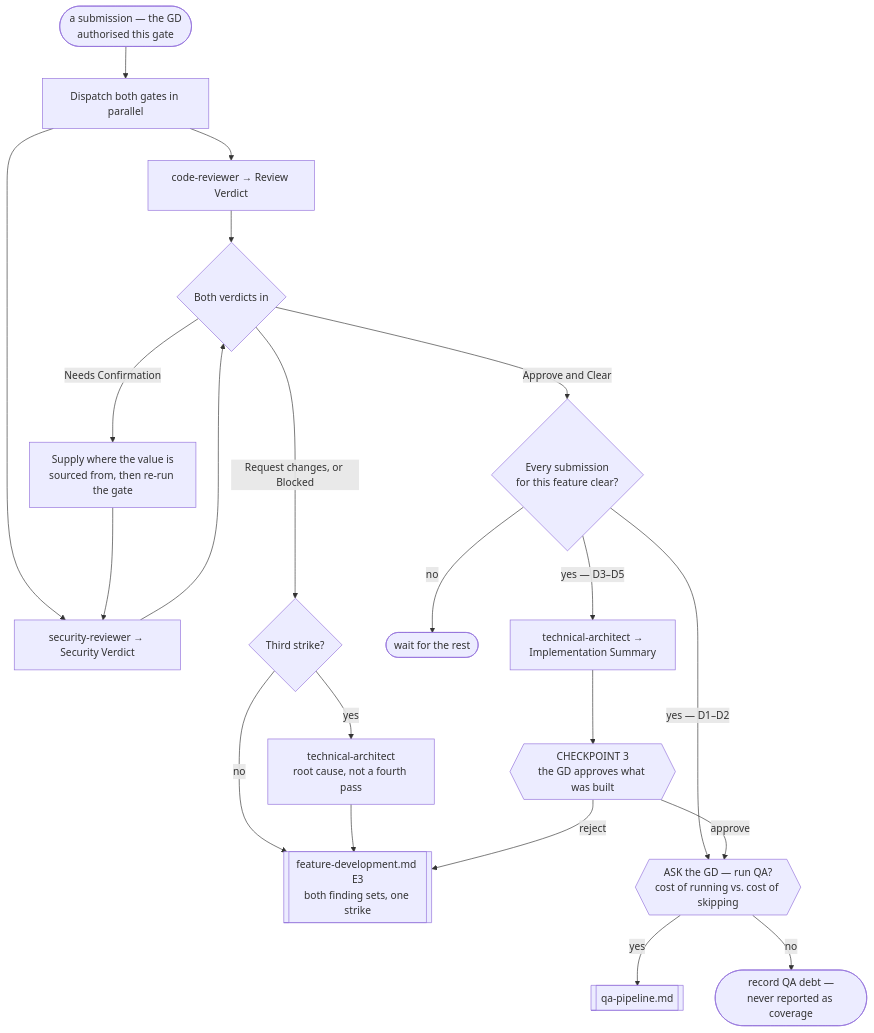
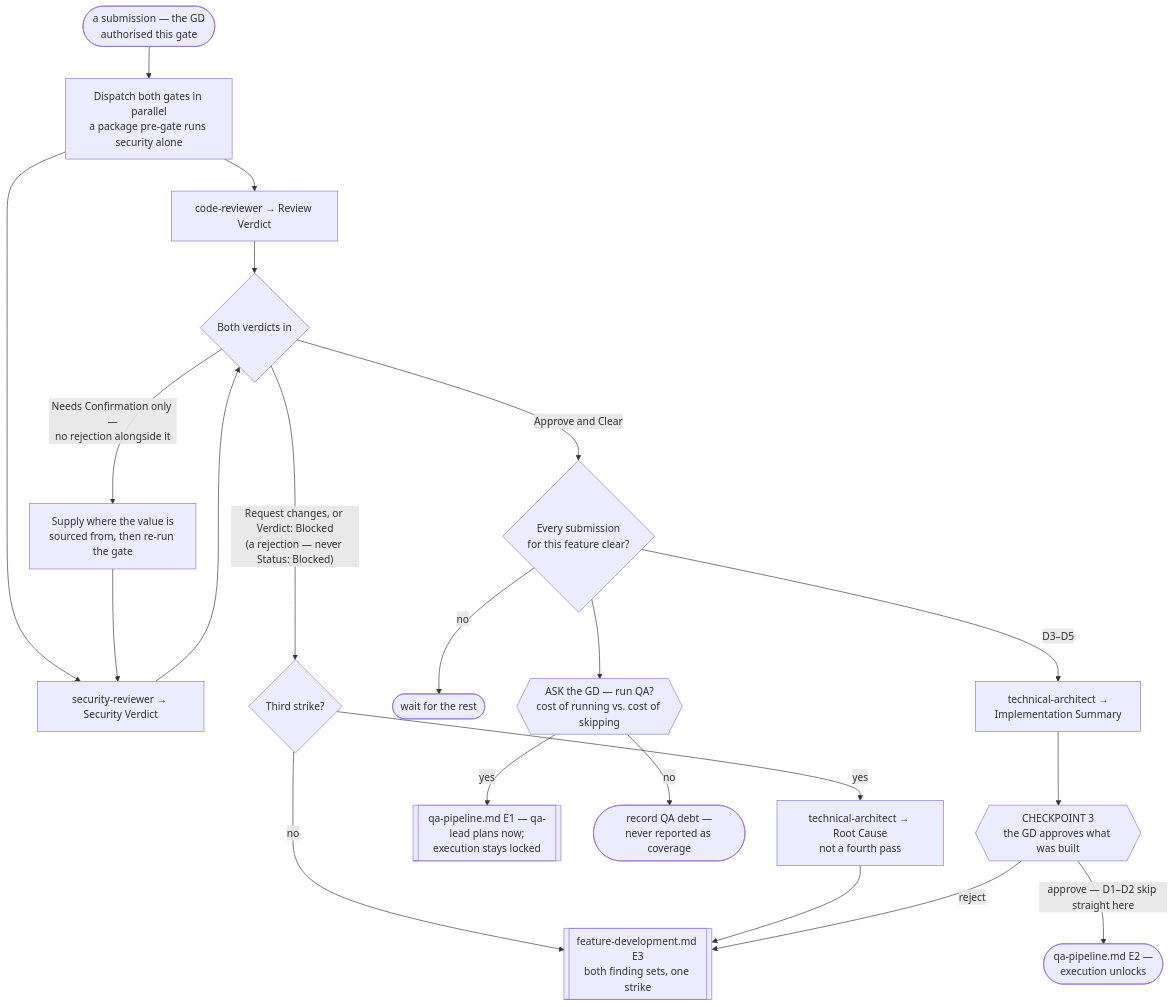
The diagram in .claude/workflows/review-pipeline.md (PhuNguyen182/AI-For-Game-Development), drawn with Mermaid before and after one commit. The commit also changed other lines of this file and 4 other files, not shown here.

````diff
--- a/.claude/workflows/review-pipeline.md
+++ b/.claude/workflows/review-pipeline.md
@@ -51,28 +56,25 @@
 ```mermaid
 flowchart TD
     In([a submission — the GD<br/>authorised this gate]) --> Gates
-
-    Gates[Dispatch both gates in parallel] --> CR[code-reviewer → Review Verdict]
+    Gates[Dispatch both gates in parallel<br/>a package pre-gate runs security alone] --> CR[code-reviewer → Review Verdict]
     Gates --> SR[security-reviewer → Security Verdict]
-
     CR --> Both{Both verdicts in}
     SR --> Both
 
     Both -->|"Approve and Clear"| Done{Every submission<br/>for this feature clear?}
-    Both -->|"Needs Confirmation"| Src[Supply where the value is<br/>sourced from, then re-run the gate]
-    Both -->|"Request changes, or Blocked"| Strike{Third strike?}
+    Both -->|"Needs Confirmation only —<br/>no rejection alongside it"| Src[Supply where the value is<br/>sourced from, then re-run the gate]
+    Both -->|"Request changes, or Verdict: Blocked<br/>(a rejection — never Status: Blocked)"| Strike{Third strike?}
     Src --> SR
 
     Strike -->|no| Back[[feature-development.md E3<br/>both finding sets, one strike]]
-    Strike -->|yes| Arch[technical-architect<br/>root cause, not a fourth pass]
+    Strike -->|yes| Arch[technical-architect → Root Cause<br/>not a fourth pass]
     Arch --> Back
-
     Done -->|no| Wait([wait for the rest])
-    Done -->|"yes — D1–D2"| Ask
-    Done -->|"yes — D3–D5"| Sum[technical-architect →<br/>Implementation Summary]
+    Done --> Ask{{ASK the GD — run QA?<br/>cost of running vs. cost of skipping}}
+    Ask -->|yes| Plan[[qa-pipeline.md E1 — qa-lead plans now;<br/>execution stays locked]]
+    Ask -->|no| Debt([record QA debt —<br/>never reported as coverage])
+    Done -->|"D3–D5"| Sum[technical-architect →<br/>Implementation Summary]
     Sum --> CP3{{CHECKPOINT 3<br/>the GD approves what was built}}
     CP3 -->|reject| Back
-    CP3 -->|approve| Ask{{ASK the GD — run QA?<br/>cost of running vs. cost of skipping}}
-    Ask -->|yes| QA[[qa-pipeline.md]]
-    Ask -->|no| Debt([record QA debt —<br/>never reported as coverage])
+    CP3 -->|"approve — D1–D2 skip straight here"| Exec([qa-pipeline.md E2 —<br/>execution unlocks])
 ```
````
